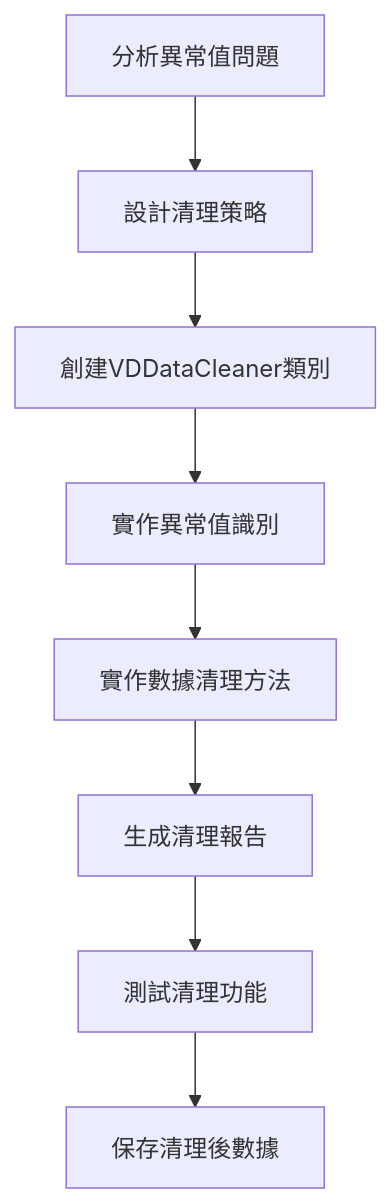
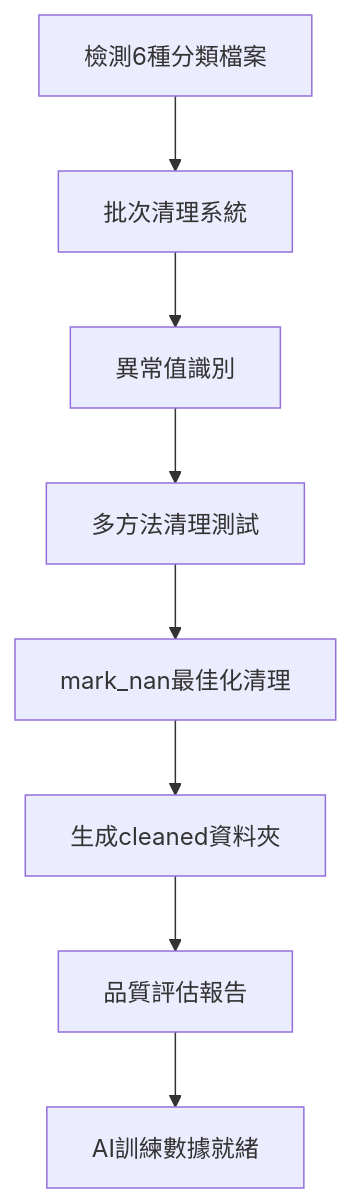
The third of 6 diagrams in README.md (qrere-Ya/traffic_project_roadmap), drawn with Mermaid before and after one commit. The commit also changed other lines of this file, not shown here.

````diff
--- a/README.md
+++ b/README.md
@@ -88,10 +101,10 @@
 ```mermaid
 graph TD
-    M[分析異常值問題] --> N[設計清理策略]
-    N --> O[創建VDDataCleaner類別]
-    O --> P[實作異常值識別]
-    P --> Q[實作數據清理方法]
-    Q --> R[生成清理報告]
-    R --> S[測試清理功能]
-    S --> T[保存清理後數據]
+    N[檢測6種分類檔案] --> O[批次清理系統]
+    O --> P[異常值識別]
+    P --> Q[多方法清理測試]
+    Q --> R[mark_nan最佳化清理]
+    R --> S[生成cleaned資料夾]
+    S --> T[品質評估報告]
+    T --> U[AI訓練數據就緒]
 ```
````
